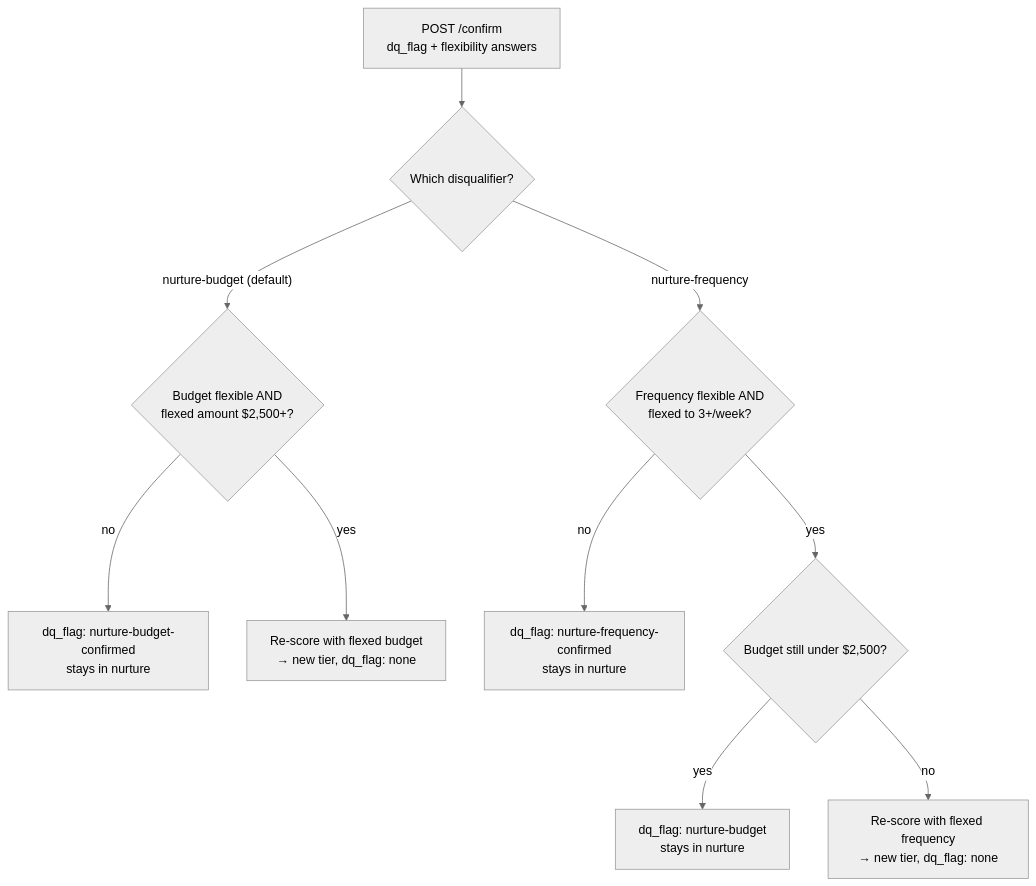
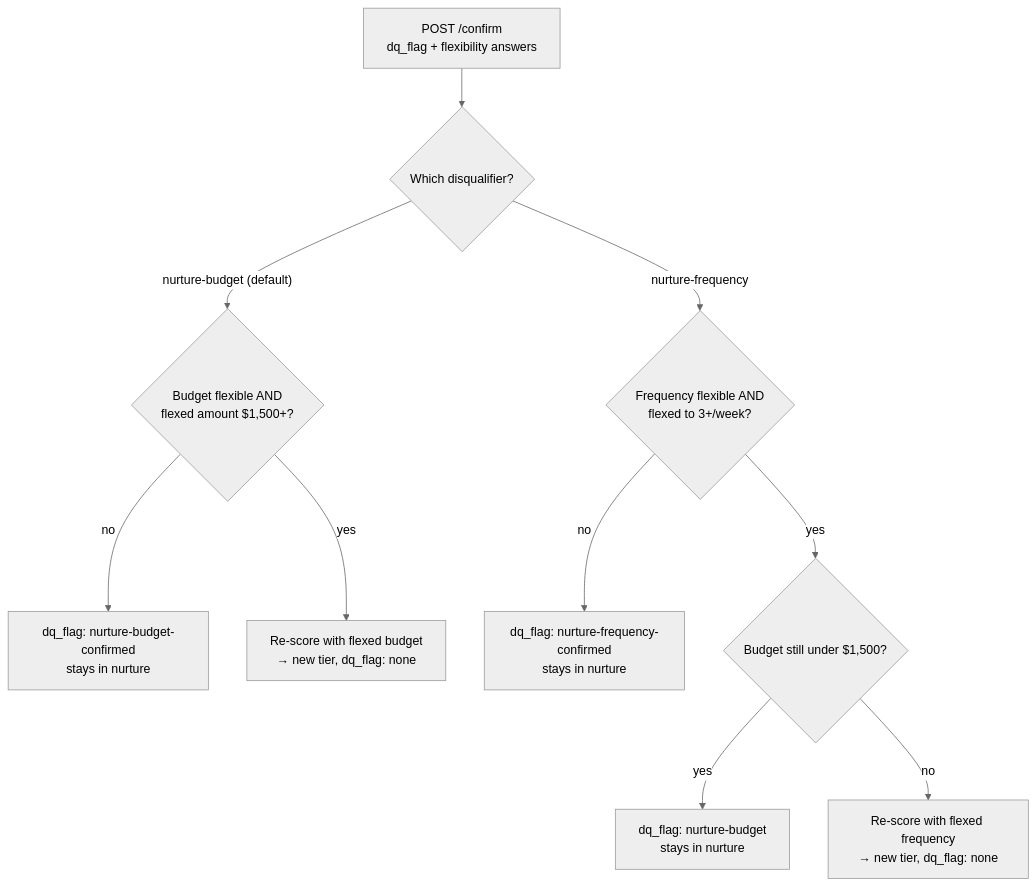
Before and after one commit to VantagePointFacilityServices/vpfs-website: the seventh of 11 diagrams in docs/WORKER.md, drawn with Mermaid (neutral theme). The commit also changed other lines of this file and 8 other files, not shown here.

````diff
--- a/docs/WORKER.md
+++ b/docs/WORKER.md
@@ -435,14 +435,14 @@
 ```mermaid
 flowchart TD
     IN["POST /confirm<br/>dq_flag + flexibility answers"] --> WHICH{"Which disqualifier?"}
 
-    WHICH -- "nurture-budget (default)" --> B1{"Budget flexible AND<br/>flexed amount $2,500+?"}
+    WHICH -- "nurture-budget (default)" --> B1{"Budget flexible AND<br/>flexed amount $1,500+?"}
     B1 -- no --> BN["dq_flag: nurture-budget-confirmed<br/>stays in nurture"]
     B1 -- yes --> BR["Re-score with flexed budget<br/>→ new tier, dq_flag: none"]
 
     WHICH -- nurture-frequency --> F1{"Frequency flexible AND<br/>flexed to 3+/week?"}
     F1 -- no --> FN["dq_flag: nurture-frequency-confirmed<br/>stays in nurture"]
-    F1 -- yes --> F2{"Budget still under $2,500?"}
+    F1 -- yes --> F2{"Budget still under $1,500?"}
     F2 -- yes --> FB["dq_flag: nurture-budget<br/>stays in nurture"]
     F2 -- no --> FR["Re-score with flexed frequency<br/>→ new tier, dq_flag: none"]
 ```
````
